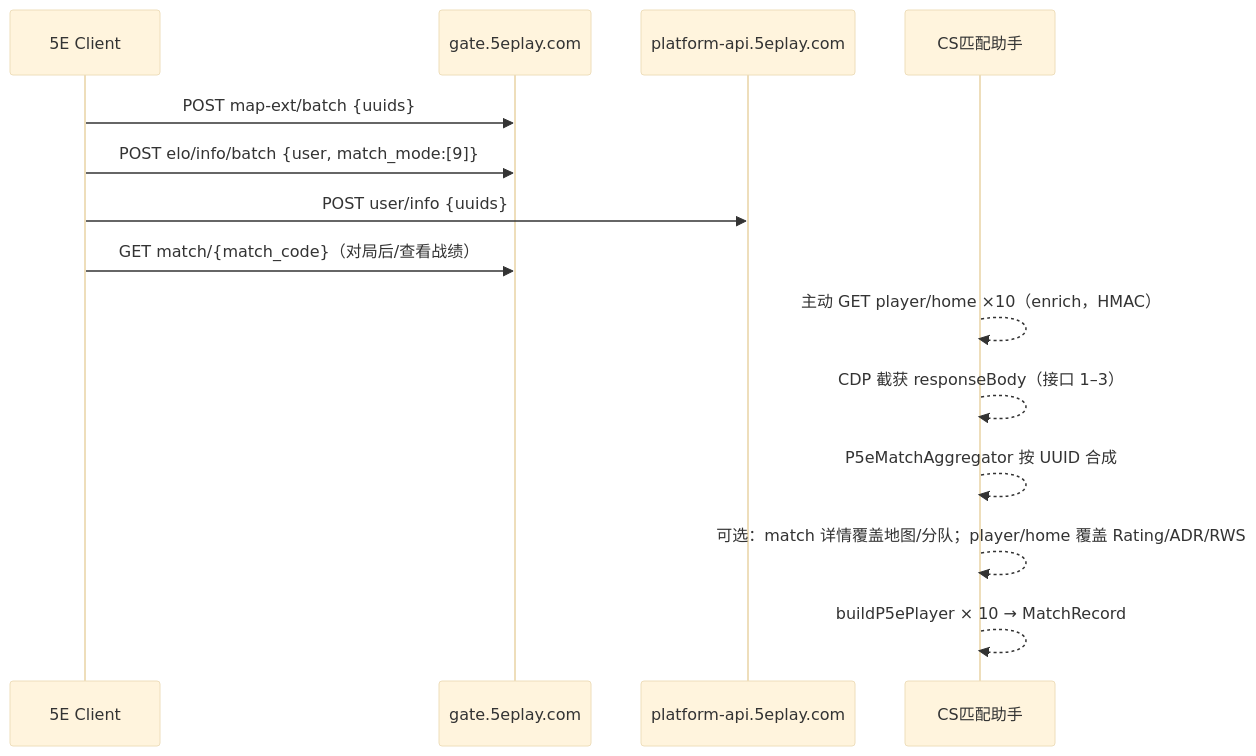
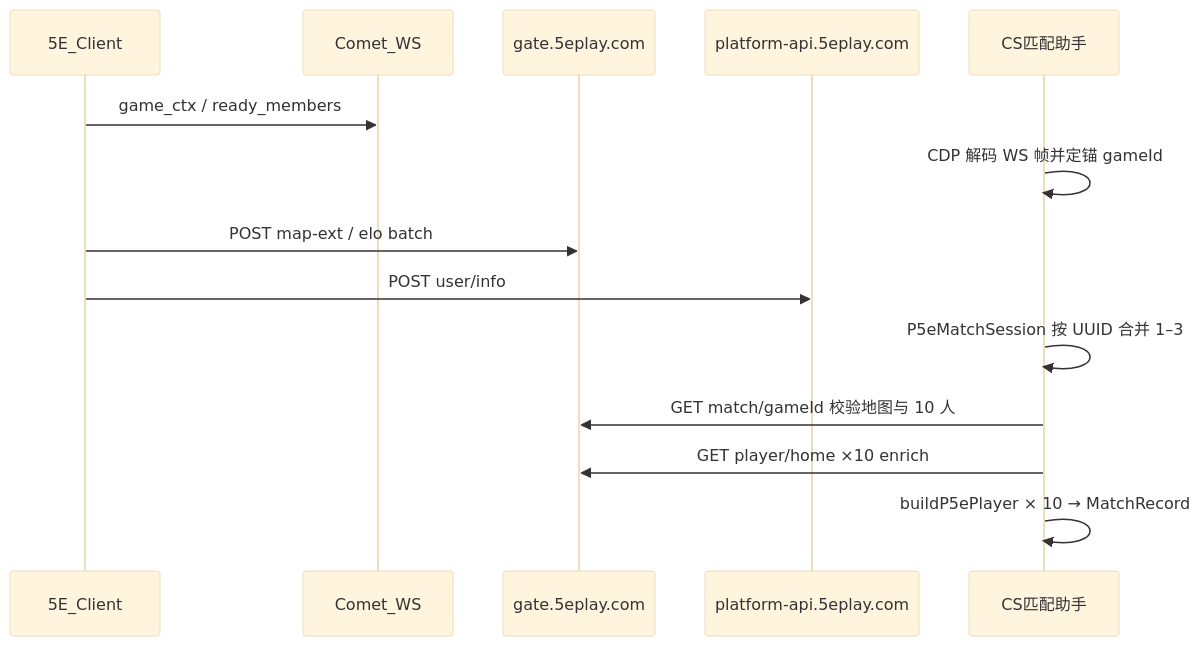
The second of 2 diagrams in docs/response_5e.md (qianjiachun/cs-match-helper), drawn with Mermaid (base theme) before and after one commit. The commit also changed other lines of this file and 18 other files, not shown here.

First line of the commit message:
feat(5e): WS game_ctx 定锚、MatchSession 与自更新 CDP 重连

````diff
--- a/docs/response_5e.md
+++ b/docs/response_5e.md
@@ -875,17 +1018,17 @@
 ```mermaid
 sequenceDiagram
-  participant Client as 5E Client
+  participant Client as 5E_Client
+  participant Comet as Comet_WS
   participant Gate as gate.5eplay.com
   participant Platform as platform-api.5eplay.com
   participant App as CS匹配助手
 
-  Client->>Gate: POST map-ext/batch {uuids}
-  Client->>Gate: POST elo/info/batch {user, match_mode:[9]}
-  Client->>Platform: POST user/info {uuids}
-  Client->>Gate: GET match/{match_code}（对局后/查看战绩）
-  App-->>App: 主动 GET player/home ×10（enrich，HMAC）
-  App-->>App: CDP 截获 responseBody（接口 1–3）
-  App-->>App: P5eMatchAggregator 按 UUID 合成
-  App-->>App: 可选：match 详情覆盖地图/分队；player/home 覆盖 Rating/ADR/RWS
-  App-->>App: buildP5ePlayer × 10 → MatchRecord
+  Client->>Comet: game_ctx / ready_members
+  App->>App: CDP 解码 WS 帧并定锚 gameId
+  Client->>Gate: POST map-ext / elo batch
+  Client->>Platform: POST user/info
+  App->>App: P5eMatchSession 按 UUID 合并 1–3
+  App->>Gate: GET match/gameId 校验地图与 10 人
+  App->>Gate: GET player/home ×10 enrich
+  App->>App: buildP5ePlayer × 10 → MatchRecord
 ```
````
